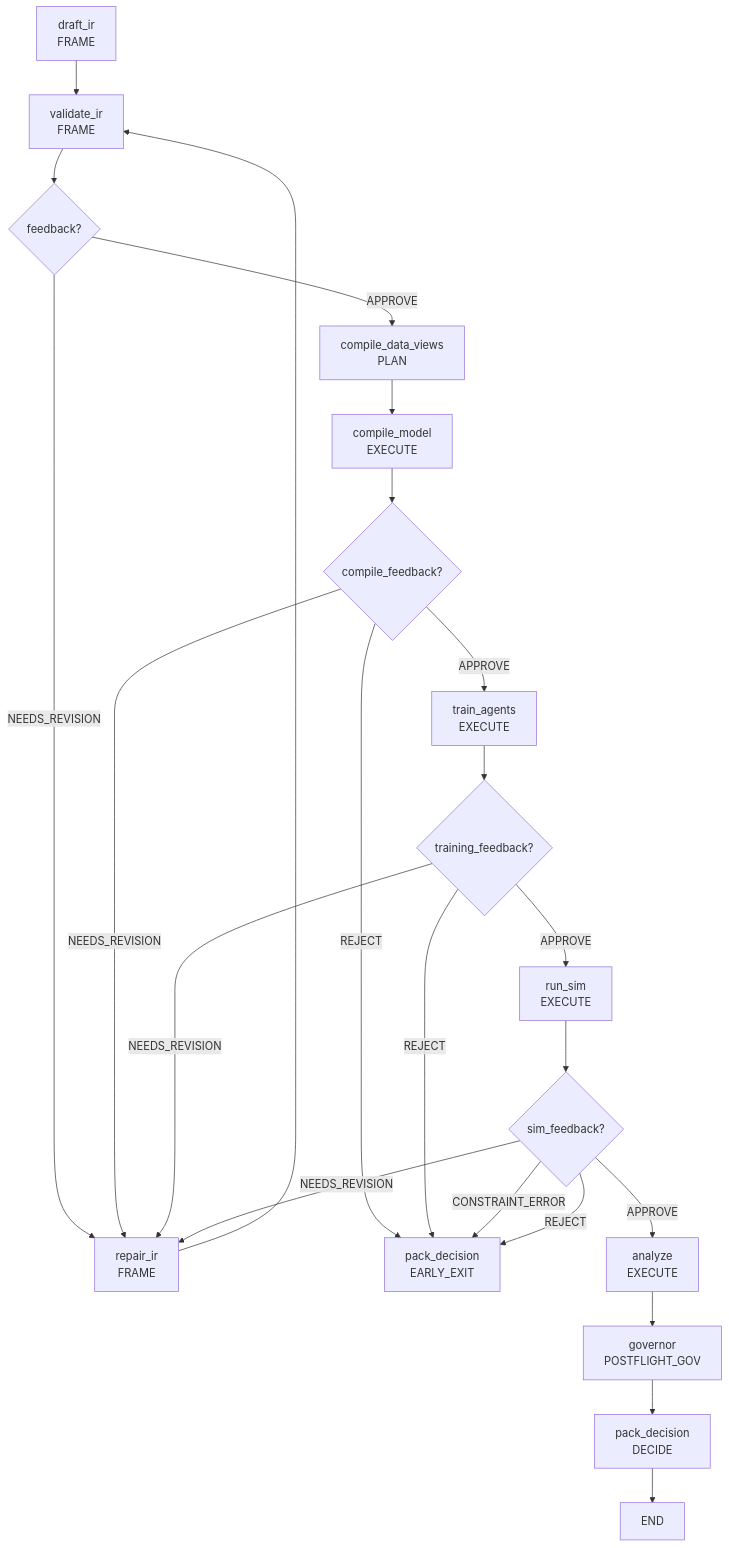
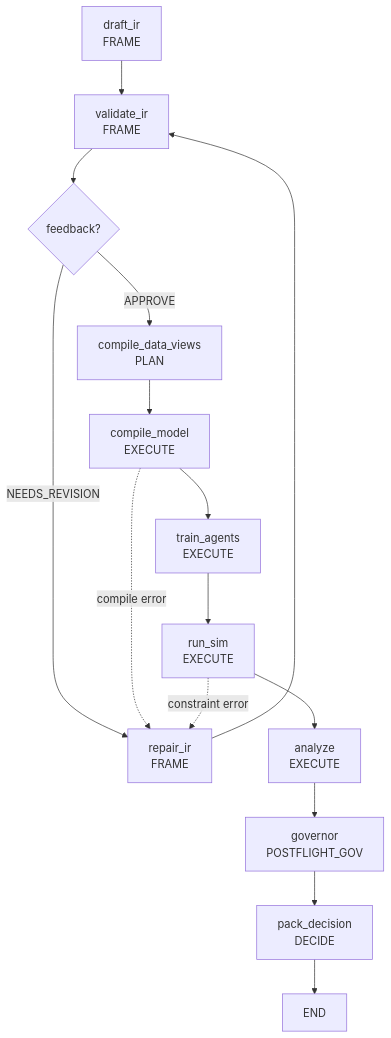
Before and after one commit to DenisKopylov/polisyos: the diagram in policy-engine/src/polisyos/scientist/README.md, drawn with Mermaid. The commit also changed other lines of this file and 79 other files, not shown here.

````diff
--- a/policy-engine/src/polisyos/scientist/README.md
+++ b/policy-engine/src/polisyos/scientist/README.md
@@ -224,31 +76,19 @@
 ```mermaid
 graph TD
     A[draft_ir<br/>FRAME] --> B[validate_ir<br/>FRAME]
     B --> C{feedback?}
     C -->|NEEDS_REVISION| D[repair_ir<br/>FRAME]
     C -->|APPROVE| E[compile_data_views<br/>PLAN]
     D --> B
 
     E --> F[compile_model<br/>EXECUTE]
-    F --> G{compile_feedback?}
-    G -->|NEEDS_REVISION| D
-    G -->|REJECT| J
-    G -->|APPROVE| H[train_agents<br/>EXECUTE]
+    F --> G[train_agents<br/>EXECUTE]
+    G --> H[run_sim<br/>EXECUTE]
+    H --> I[analyze<br/>EXECUTE]
+    I --> J[governor<br/>POSTFLIGHT_GOV]
+    J --> K[pack_decision<br/>DECIDE]
+    K --> L[END]
 
-    H --> I{training_feedback?}
-    I -->|NEEDS_REVISION| D
-    I -->|REJECT| J
-    I -->|APPROVE| K[run_sim<br/>EXECUTE]
-
-    K --> L{sim_feedback?}
-    L -->|CONSTRAINT_ERROR| J
-    L -->|NEEDS_REVISION| D
-    L -->|REJECT| J
-    L -->|APPROVE| M[analyze<br/>EXECUTE]
-
-    M --> N[governor<br/>POSTFLIGHT_GOV]
-    N --> O[pack_decision<br/>DECIDE]
-    O --> P[END]
-
-    J[pack_decision<br/>EARLY_EXIT]
+    F -.->|compile error| D
+    H -.->|constraint error| D
 ```
````
